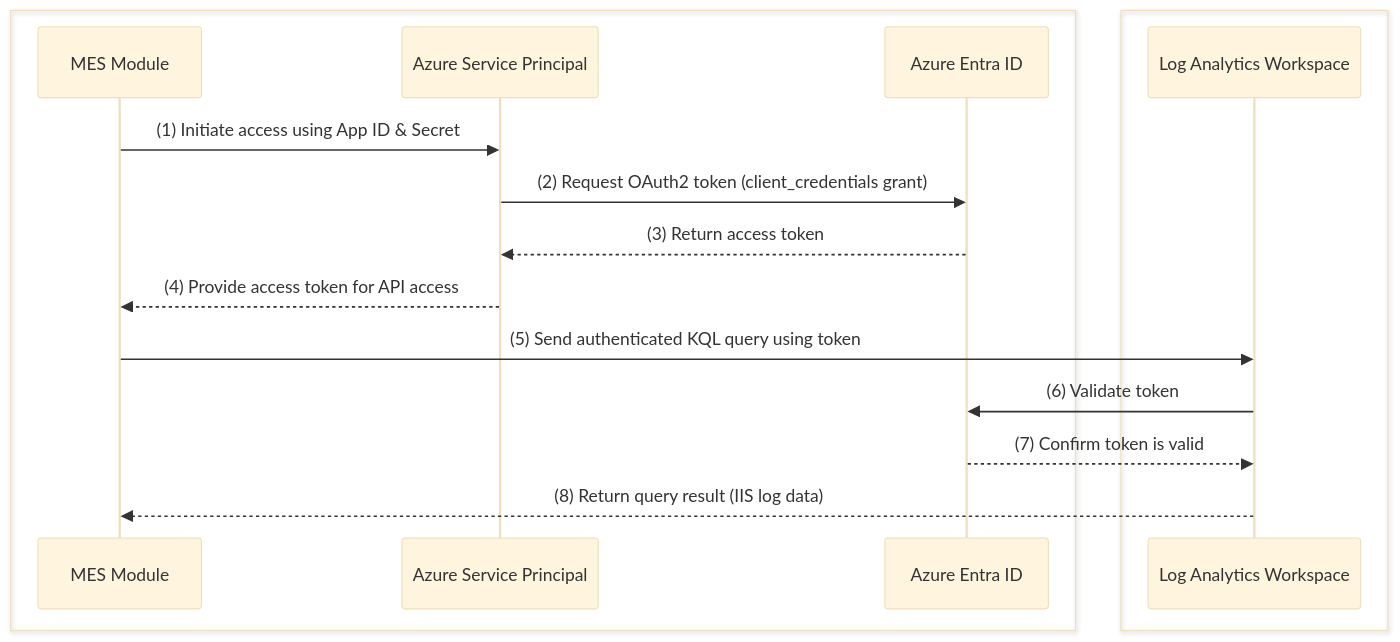
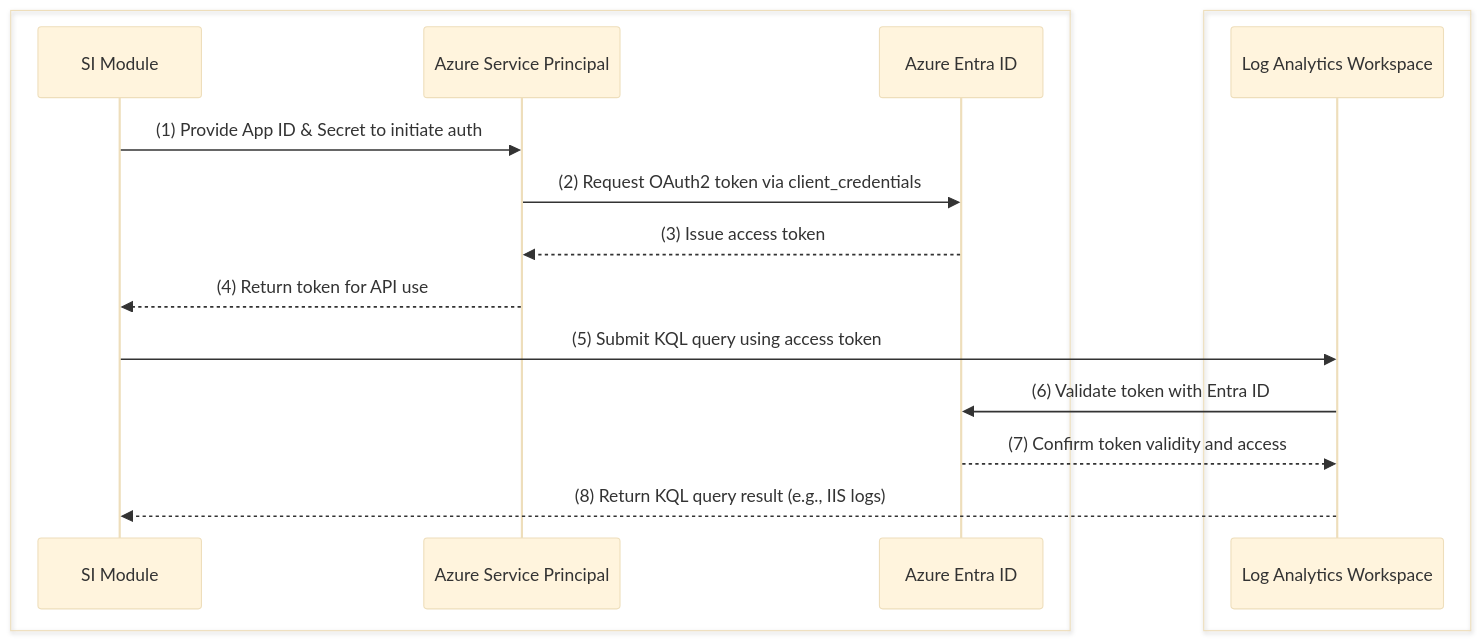
Before and after one commit to oigbokwe73/Azure-Policy-On-Resource-Group: the first of 3 diagrams in README.md, drawn with Mermaid (base theme). The commit also changed other lines of this file, not shown here.

````diff
--- a/README.md
+++ b/README.md
@@ -8,26 +8,26 @@
 ```mermaid
 sequenceDiagram
     %% === Access Management Layer ===
     box #e3f2fd:Access Management Layer (Azure Entra ID)
-        participant MES as MES Module
+        participant SI as SI Module
         participant SPN as Azure Service Principal
         participant Entra as Azure Entra ID
     end
 
     %% === Data Source Layer ===
     box #e8f5e9:Data Source Layer (Azure Monitor)
         participant LAW as Log Analytics Workspace
     end
 
-    %% === Step 1: MES Authenticates via SPN
-    MES->>SPN: (1) Initiate access using App ID & Secret
-    SPN->>Entra: (2) Request OAuth2 token (client_credentials grant)
-    Entra-->>SPN: (3) Return access token
-    SPN-->>MES: (4) Provide access token for API access
+    %% === Step 1: Authenticate
+    SI->>SPN: (1) Provide App ID & Secret to initiate auth
+    SPN->>Entra: (2) Request OAuth2 token via client_credentials
+    Entra-->>SPN: (3) Issue access token
+    SPN-->>SI: (4) Return token for API use
 
     %% === Step 2: Query Execution
-    MES->>LAW: (5) Send authenticated KQL query using token
-    LAW->>Entra: (6) Validate token
-    Entra-->>LAW: (7) Confirm token is valid
-    LAW-->>MES: (8) Return query result (IIS log data)
+    SI->>LAW: (5) Submit KQL query using access token
+    LAW->>Entra: (6) Validate token with Entra ID
+    Entra-->>LAW: (7) Confirm token validity and access
+    LAW-->>SI: (8) Return KQL query result (e.g., IIS logs)
 ```
````
